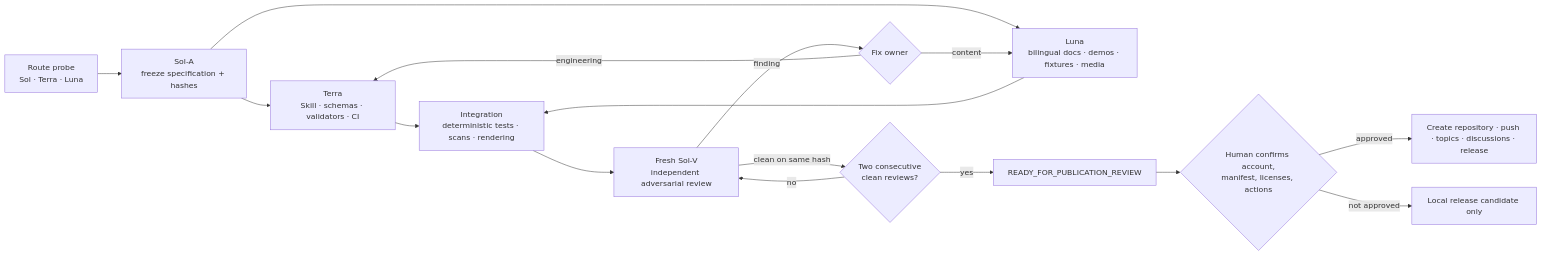
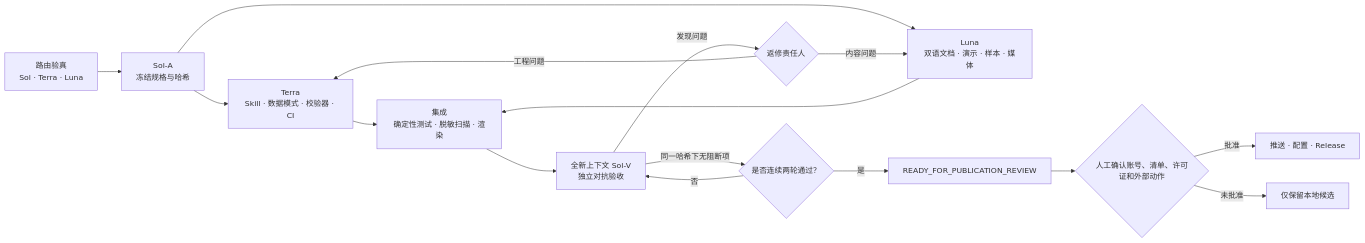
The second of 2 diagrams in README.md (soarsky1991/evidence-first-patent-skill), drawn with Mermaid before and after one commit. The commit also changed other lines of this file and 45 other files, not shown here.

````diff
--- a/README.md
+++ b/README.md
@@ -32,18 +310,18 @@
 ```mermaid
 flowchart LR
-    A["Route probe<br/>Sol · Terra · Luna"] --> B["Sol-A<br/>freeze specification + hashes"]
-    B --> C["Terra<br/>Skill · schemas · validators · CI"]
-    B --> D["Luna<br/>bilingual docs · demos · fixtures · media"]
-    C --> E["Integration<br/>deterministic tests · scans · rendering"]
+    A["路由验真<br/>Sol · Terra · Luna"] --> B["Sol-A<br/>冻结规格与哈希"]
+    B --> C["Terra<br/>Skill · 数据模式 · 校验器 · CI"]
+    B --> D["Luna<br/>双语文档 · 演示 · 样本 · 媒体"]
+    C --> E["集成<br/>确定性测试 · 脱敏扫描 · 渲染"]
     D --> E
-    E --> F["Fresh Sol-V<br/>independent adversarial review"]
-    F -->|"finding"| G{"Fix owner"}
-    G -->|"engineering"| C
-    G -->|"content"| D
-    F -->|"clean on same hash"| H{"Two consecutive<br/>clean reviews?"}
-    H -->|"no"| F
-    H -->|"yes"| I["READY_FOR_PUBLICATION_REVIEW"]
-    I --> J{"Human confirms account,<br/>manifest, licenses, actions"}
-    J -->|"approved"| K["Create repository · push · topics · discussions · release"]
-    J -->|"not approved"| L["Local release candidate only"]
+    E --> F["全新上下文 Sol-V<br/>独立对抗验收"]
+    F -->|"发现问题"| G{"返修责任人"}
+    G -->|"工程问题"| C
+    G -->|"内容问题"| D
+    F -->|"同一哈希下无阻断项"| H{"是否连续两轮通过？"}
+    H -->|"否"| F
+    H -->|"是"| I["READY_FOR_PUBLICATION_REVIEW"]
+    I --> J{"人工确认账号、清单、许可证和外部动作"}
+    J -->|"批准"| K["推送 · 配置 · Release"]
+    J -->|"未批准"| L["仅保留本地候选"]
 ```
````
